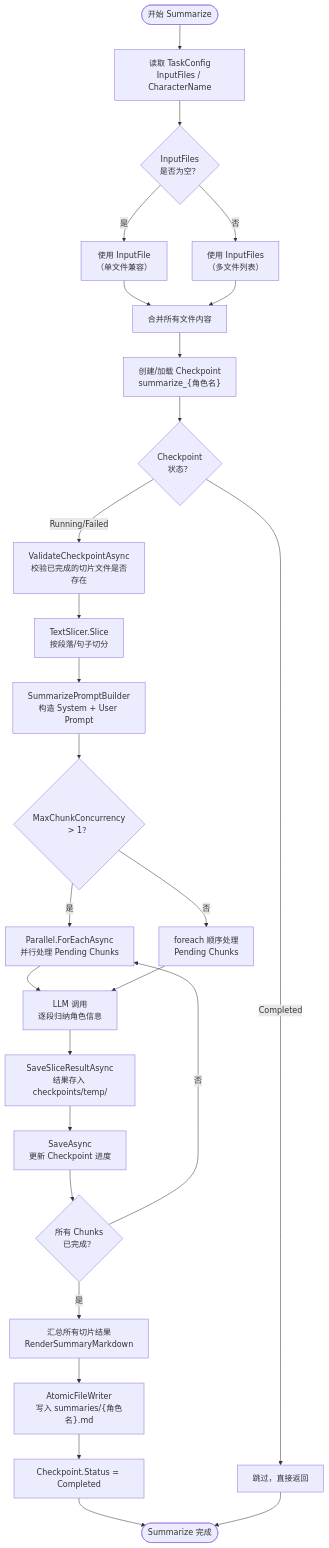
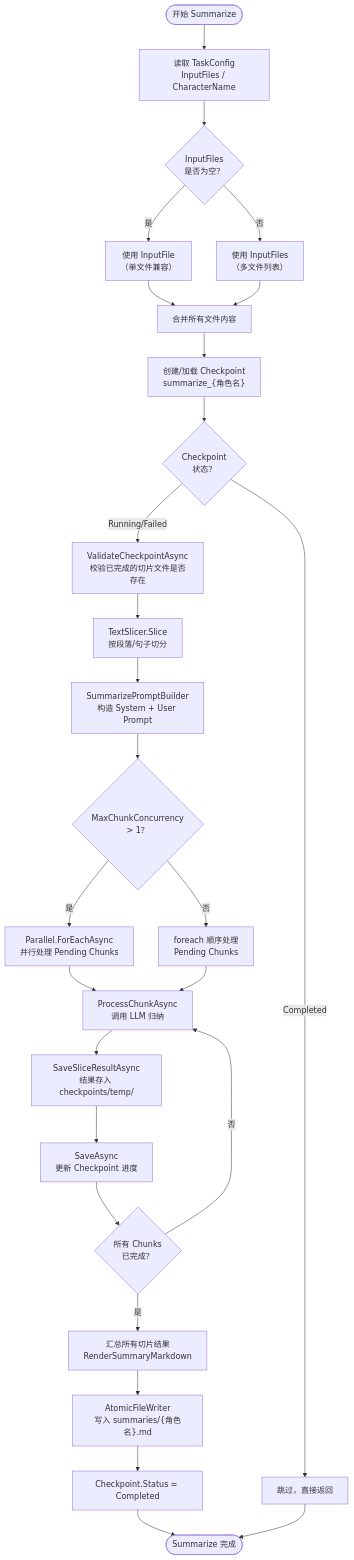
One commit to sedna-works/CharacterKiller changed the sixth of 11 diagrams in ARCHITECTURE.md. Above: the diagram before and after it, drawn with Mermaid. The commit also changed other lines of this file, not shown here.

Commit message:
docsL 更新架构图

````diff
--- a/ARCHITECTURE.md
+++ b/ARCHITECTURE.md
@@ -398,37 +402,37 @@
 ```mermaid
 flowchart TD
     Start(["开始 Summarize"]) --> ReadConfig["读取 TaskConfig<br/>InputFiles / CharacterName"]
     ReadConfig --> CheckInput{"InputFiles<br/>是否为空？"}
     CheckInput -->|是| UseSingle["使用 InputFile<br/>（单文件兼容）"]
     CheckInput -->|否| UseMulti["使用 InputFiles<br/>（多文件列表）"]
     UseSingle --> MergeFiles["合并所有文件内容"]
     UseMulti --> MergeFiles
 
     MergeFiles --> CreateCheckpoint["创建/加载 Checkpoint<br/>summarize_{角色名}"]
     CreateCheckpoint --> CheckResume{"Checkpoint<br/>状态？"}
     CheckResume -->|Completed| Skip["跳过，直接返回"]
     CheckResume -->|Running/Failed| Validate["ValidateCheckpointAsync<br/>校验已完成的切片文件是否存在"]
 
     Validate --> Slice["TextSlicer.Slice<br/>按段落/句子切分"]
     Slice --> BuildPrompt["SummarizePromptBuilder<br/>构造 System + User Prompt"]
 
     BuildPrompt --> ConcurrencyCheck{"MaxChunkConcurrency<br/>> 1？"}
     ConcurrencyCheck -->|是| Parallel["Parallel.ForEachAsync<br/>并行处理 Pending Chunks"]
     ConcurrencyCheck -->|否| Sequential["foreach 顺序处理<br/>Pending Chunks"]
 
-    Parallel --> LLM1["LLM 调用<br/>逐段归纳角色信息"]
-    Sequential --> LLM1
+    Parallel --> ProcessChunk["ProcessChunkAsync<br/>调用 LLM 归纳"]
+    Sequential --> ProcessChunk
 
-    LLM1 --> SaveSlice["SaveSliceResultAsync<br/>结果存入 checkpoints/temp/"]
+    ProcessChunk --> SaveSlice["SaveSliceResultAsync<br/>结果存入 checkpoints/temp/"]
     SaveSlice --> SaveCheckpoint1["SaveAsync<br/>更新 Checkpoint 进度"]
 
     SaveCheckpoint1 --> AllDone{"所有 Chunks<br/>已完成？"}
-    AllDone -->|否| Parallel
+    AllDone -->|否| ProcessChunk
     AllDone -->|是| Aggregate["汇总所有切片结果<br/>RenderSummaryMarkdown"]
 
     Aggregate --> AtomicWrite["AtomicFileWriter<br/>写入 summaries/{角色名}.md"]
     AtomicWrite --> MarkComplete["Checkpoint.Status = Completed"]
     MarkComplete --> End(["Summarize 完成"])
 
     Skip --> End
 ```
````
